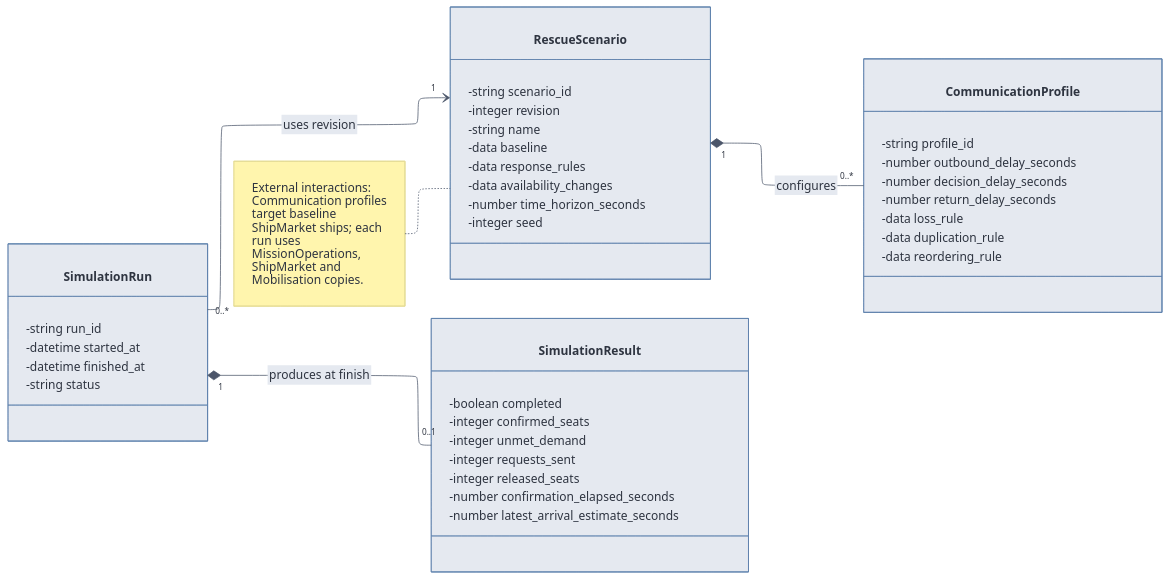
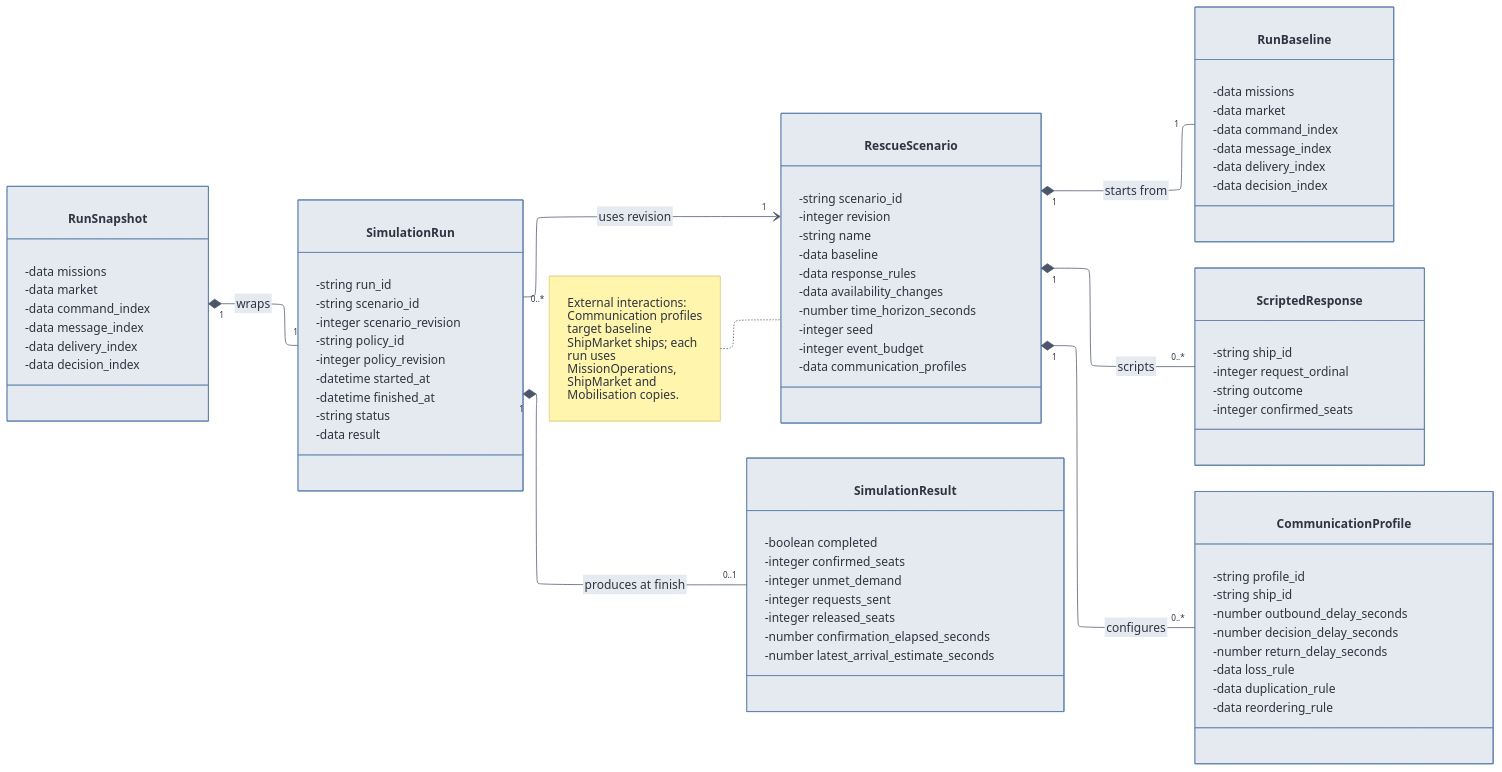
Before and after one commit to mariaxmxavier/space-rescue-system: the diagram in docs/architecture/diagrams/rescue-domain-model/namespaces/Experiments/class-diagram.mmd, drawn with Mermaid. The commit also changed 7 other files, not shown here.

First line of the commit message:
docs(architecture): align the experiments diagrams with the code

```diff
--- a/docs/architecture/diagrams/rescue-domain-model/namespaces/Experiments/class-diagram.mmd
+++ b/docs/architecture/diagrams/rescue-domain-model/namespaces/Experiments/class-diagram.mmd
@@ -1,68 +1,101 @@
 ---
 config:
   layout: elk
   theme: base
   htmlLabels: false
   fontFamily: Arial
   themeVariables:
     primaryColor: '#e5e9f0'
     primaryTextColor: '#2e3440'
     primaryBorderColor: '#5e81ac'
     lineColor: '#4c566a'
     tertiaryColor: '#eceff4'
     fontFamily: 'Arial, sans-serif'
   elk:
     mergeEdges: false
     nodePlacementStrategy: LINEAR_SEGMENTS
   class:
     nodeSpacing: 90
     rankSpacing: 100
     padding: 24
     diagramPadding: 40
     hideEmptyMembersBox: true
   er:
     nodeSpacing: 90
     rankSpacing: 100
     diagramPadding: 30
 ---
 classDiagram
     direction LR
     %% Authoritative scoped view of Experiments; see the diagram index for boundary relationships.
     class RescueScenario {
         -string scenario_id
         -integer revision
         -string name
         -data baseline
         -data response_rules
         -data availability_changes
         -number time_horizon_seconds
         -integer seed
+        -integer event_budget
+        -data communication_profiles
+    }
+    class RunBaseline {
+        -data missions
+        -data market
+        -data command_index
+        -data message_index
+        -data delivery_index
+        -data decision_index
+    }
+    class ScriptedResponse {
+        -string ship_id
+        -integer request_ordinal
+        -string outcome
+        -integer confirmed_seats
     }
     class CommunicationProfile {
         -string profile_id
+        -string ship_id
         -number outbound_delay_seconds
         -number decision_delay_seconds
         -number return_delay_seconds
         -data loss_rule
         -data duplication_rule
         -data reordering_rule
     }
     class SimulationRun {
         -string run_id
+        -string scenario_id
+        -integer scenario_revision
+        -string policy_id
+        -integer policy_revision
         -datetime started_at
         -datetime finished_at
         -string status
+        -data result
     }
     class SimulationResult {
         -boolean completed
         -integer confirmed_seats
         -integer unmet_demand
         -integer requests_sent
         -integer released_seats
         -number confirmation_elapsed_seconds
         -number latest_arrival_estimate_seconds
     }
+    class RunSnapshot {
+        -data missions
+        -data market
+        -data command_index
+        -data message_index
+        -data delivery_index
+        -data decision_index
+    }
+    RescueScenario "1" *-- "1" RunBaseline : starts from
+    RescueScenario "1" *-- "0..*" ScriptedResponse : scripts
     RescueScenario "1" *-- "0..*" CommunicationProfile : configures
     SimulationRun "0..*" --> "1" RescueScenario : uses revision
     SimulationRun "1" *-- "0..1" SimulationResult : produces at finish
+    RunSnapshot "1" *-- "1" SimulationRun : wraps
     note for RescueScenario "External interactions: Communication profiles target baseline ShipMarket ships; each run uses MissionOperations, ShipMarket and Mobilisation copies."
```
